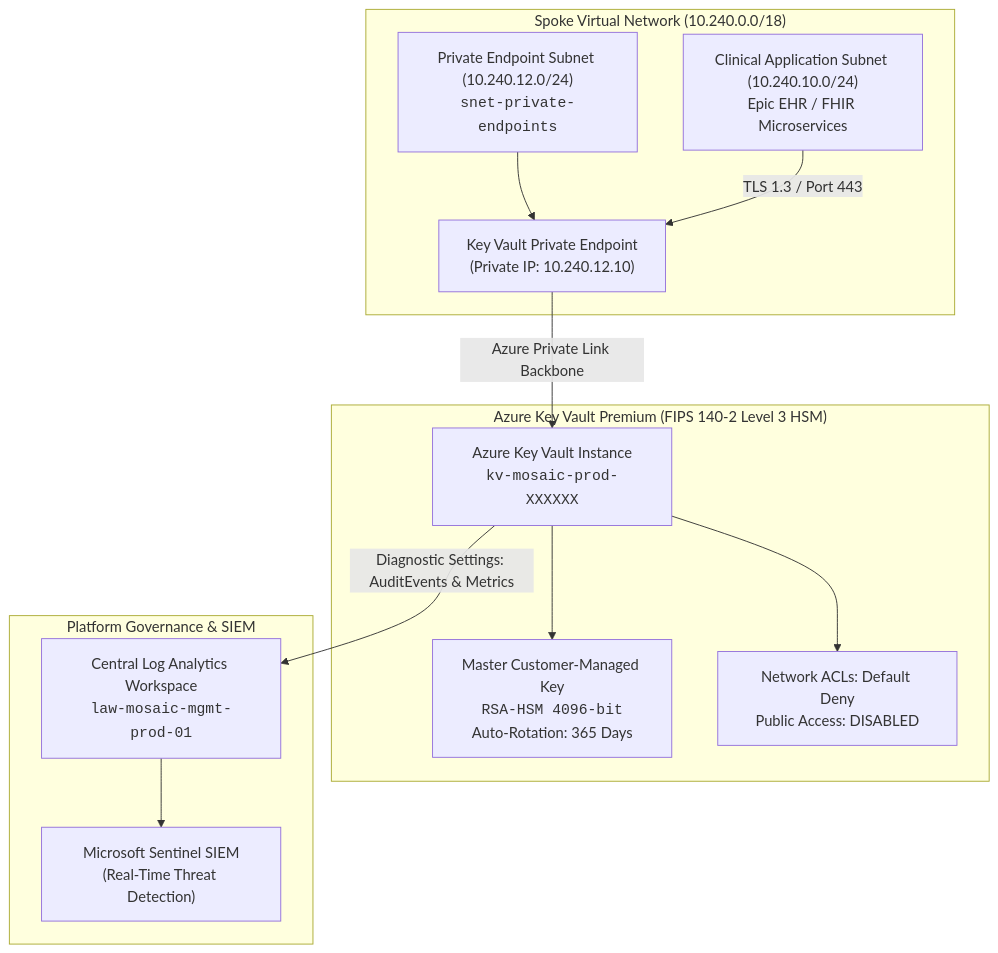
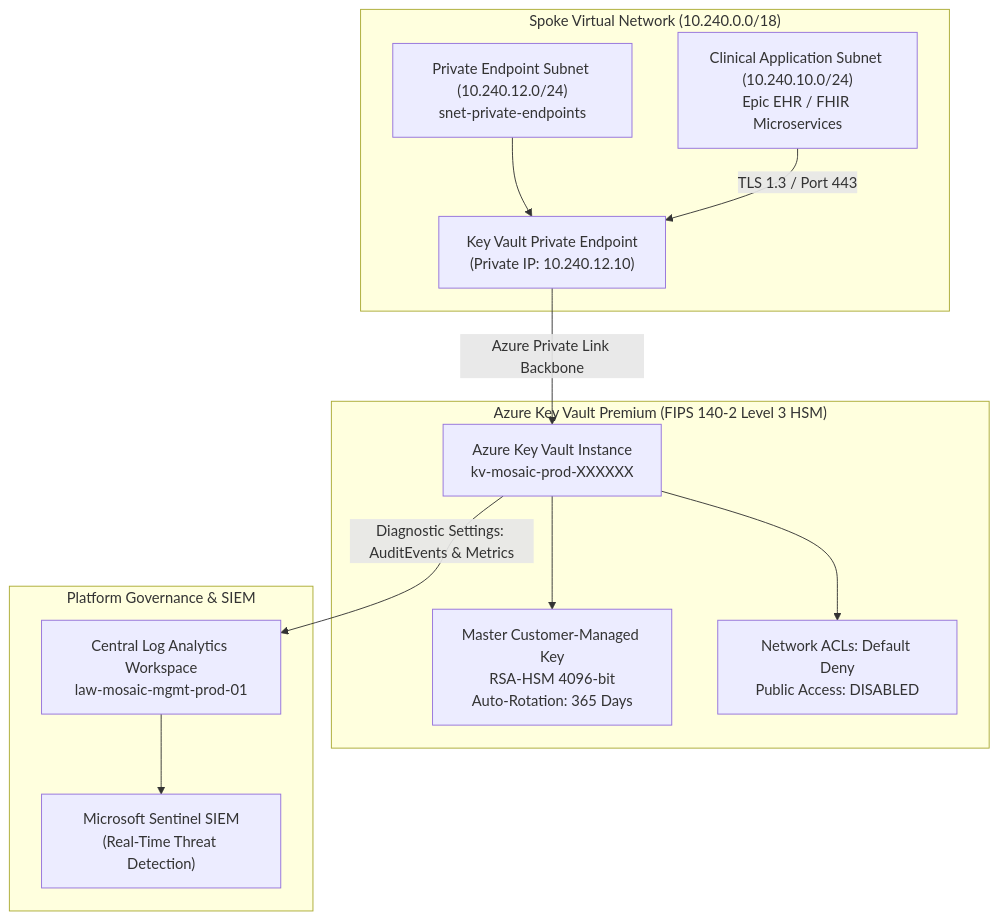
The diagram in docs/mosaic_key_vault_module.md (FreeFades2Black/mosaic-health-cloud-architecture), drawn with Mermaid before and after one commit. The commit also changed 5 other files, not shown here.

Commit message:
fix(mermaid): remove inline html tags to ensure 100% diagram compatibility across all browsers

````diff
--- a/docs/mosaic_key_vault_module.md
+++ b/docs/mosaic_key_vault_module.md
@@ -15,28 +15,28 @@
 ```mermaid
 graph TD
     subgraph "Spoke Virtual Network (10.240.0.0/18)"
         AppSubnet["Clinical Application Subnet (10.240.10.0/24)<br/>Epic EHR / FHIR Microservices"]
-        PESubnet["Private Endpoint Subnet (10.240.12.0/24)<br/><code>snet-private-endpoints</code>"]
+        PESubnet["Private Endpoint Subnet (10.240.12.0/24)<br/>snet-private-endpoints"]
         PE["Key Vault Private Endpoint<br/>(Private IP: 10.240.12.10)"]
         PESubnet --> PE
         AppSubnet -->|TLS 1.3 / Port 443| PE
     end
 
     subgraph "Azure Key Vault Premium (FIPS 140-2 Level 3 HSM)"
-        KVInstance["Azure Key Vault Instance<br/><code>kv-mosaic-prod-XXXXXX</code>"]
-        MasterKEK["Master Customer-Managed Key<br/><code>RSA-HSM 4096-bit</code><br/>Auto-Rotation: 365 Days"]
+        KVInstance["Azure Key Vault Instance<br/>kv-mosaic-prod-XXXXXX"]
+        MasterKEK["Master Customer-Managed Key<br/>RSA-HSM 4096-bit<br/>Auto-Rotation: 365 Days"]
         NetACL["Network ACLs: Default Deny<br/>Public Access: DISABLED"]
         
         KVInstance --> MasterKEK
         KVInstance --> NetACL
     end
 
     subgraph "Platform Governance & SIEM"
-        LAW["Central Log Analytics Workspace<br/><code>law-mosaic-mgmt-prod-01</code>"]
+        LAW["Central Log Analytics Workspace<br/>law-mosaic-mgmt-prod-01"]
         Sentinel["Microsoft Sentinel SIEM<br/>(Real-Time Threat Detection)"]
         LAW --> Sentinel
     end
 
     PE -->|Azure Private Link Backbone| KVInstance
     KVInstance -->|Diagnostic Settings: AuditEvents & Metrics| LAW
 ```
````
